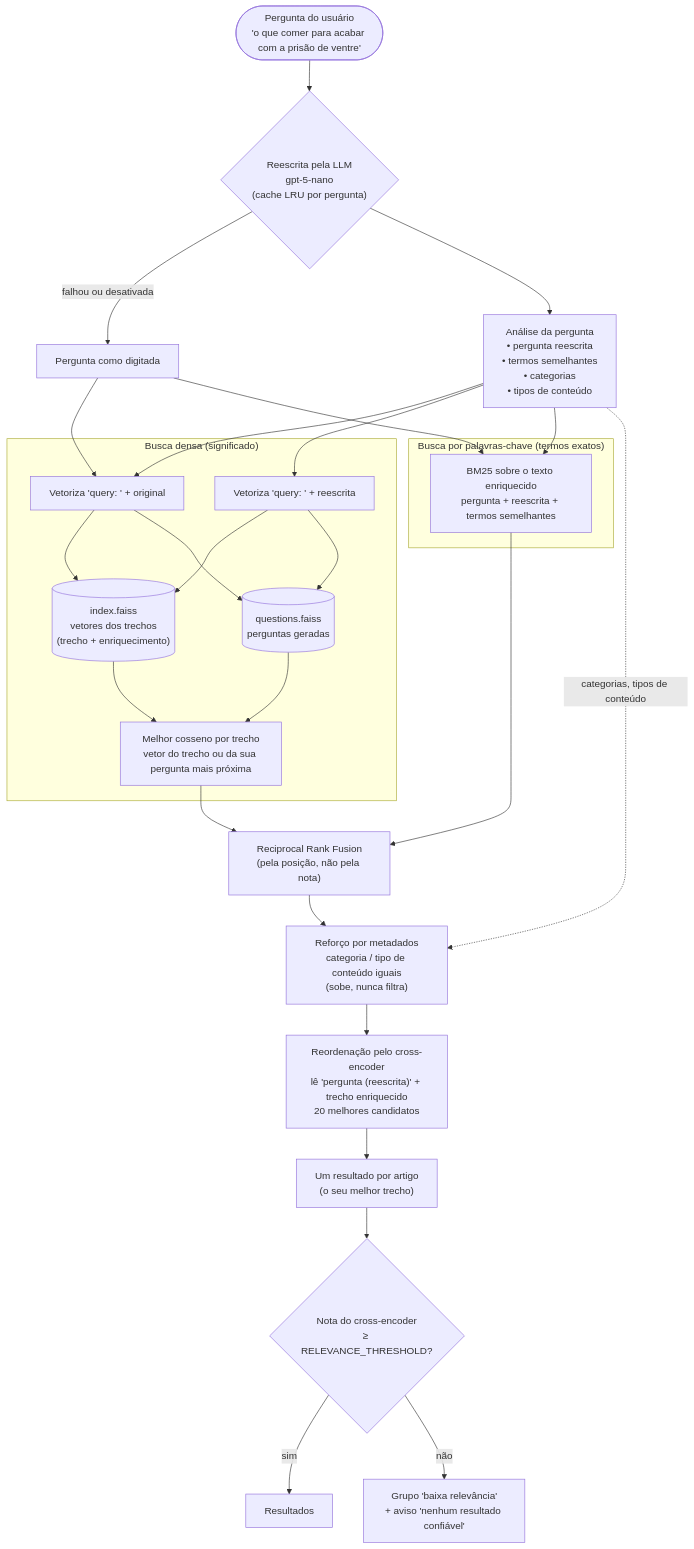
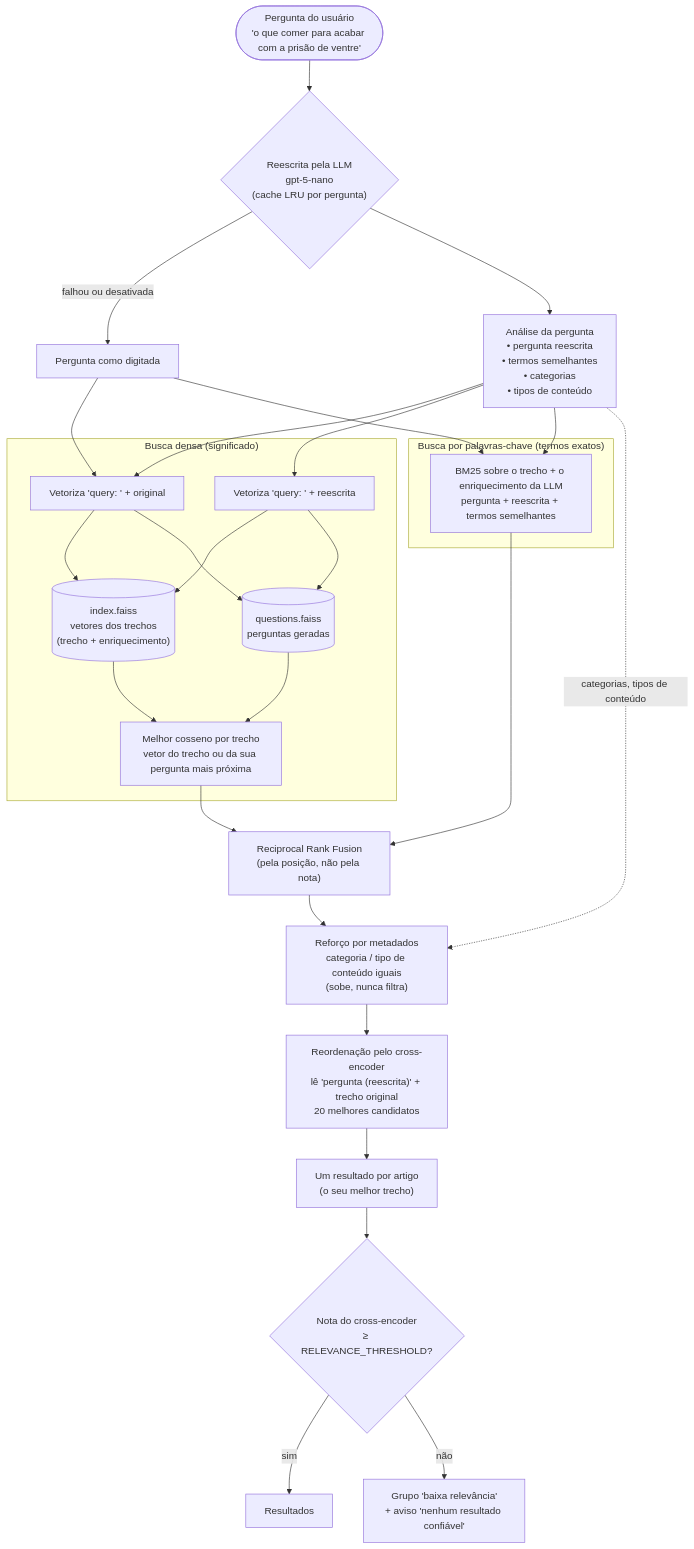
One commit to augustobook/backend-ai-dot changed the first of 2 diagrams in 03/semantic_search/README.pt-BR.md. Above: the diagram before and after it, drawn with Mermaid. The commit also changed other lines of this file and 13 other files, not shown here.

First line of the commit message:
feat(03): trecho original no vetor e no cross-encoder, limite de relevância calibrado

````diff
--- a/03/semantic_search/README.pt-BR.md
+++ b/03/semantic_search/README.pt-BR.md
@@ -85,37 +85,37 @@
 ```mermaid
 flowchart TD
     Q(["Pergunta do usuário<br/>'o que comer para acabar com a prisão de ventre'"])
 
     Q --> R{"Reescrita pela LLM<br/>gpt-5-nano<br/>(cache LRU por pergunta)"}
     R -->|falhou ou desativada| Q0["Pergunta como digitada"]
     R --> A["Análise da pergunta<br/>• pergunta reescrita<br/>• termos semelhantes<br/>• categorias<br/>• tipos de conteúdo"]
 
     subgraph Densa["Busca densa (significado)"]
         E1["Vetoriza 'query: ' + original"]
         E2["Vetoriza 'query: ' + reescrita"]
         F1[("index.faiss<br/>vetores dos trechos<br/>(trecho + enriquecimento)")]
         F2[("questions.faiss<br/>perguntas geradas")]
         M["Melhor cosseno por trecho<br/>vetor do trecho ou da sua pergunta mais próxima"]
         E1 --> F1 & F2
         E2 --> F1 & F2
         F1 --> M
         F2 --> M
     end
 
     subgraph Palavras["Busca por palavras-chave (termos exatos)"]
-        B["BM25 sobre o texto enriquecido<br/>pergunta + reescrita + termos semelhantes"]
+        B["BM25 sobre o trecho + o enriquecimento da LLM<br/>pergunta + reescrita + termos semelhantes"]
     end
 
     A --> E1 & E2 & B
     Q0 --> E1 & B
 
     M --> RRF["Reciprocal Rank Fusion<br/>(pela posição, não pela nota)"]
     B --> RRF
     RRF --> BO["Reforço por metadados<br/>categoria / tipo de conteúdo iguais<br/>(sobe, nunca filtra)"]
     A -.->|categorias, tipos de conteúdo| BO
-    BO --> CE["Reordenação pelo cross-encoder<br/>lê 'pergunta (reescrita)' + trecho enriquecido<br/>20 melhores candidatos"]
+    BO --> CE["Reordenação pelo cross-encoder<br/>lê 'pergunta (reescrita)' + trecho original<br/>20 melhores candidatos"]
     CE --> G["Um resultado por artigo<br/>(o seu melhor trecho)"]
     G --> T{"Nota do cross-encoder<br/>≥ RELEVANCE_THRESHOLD?"}
     T -->|sim| OK["Resultados"]
     T -->|não| LOW["Grupo 'baixa relevância'<br/>+ aviso 'nenhum resultado confiável'"]
 ```
````
